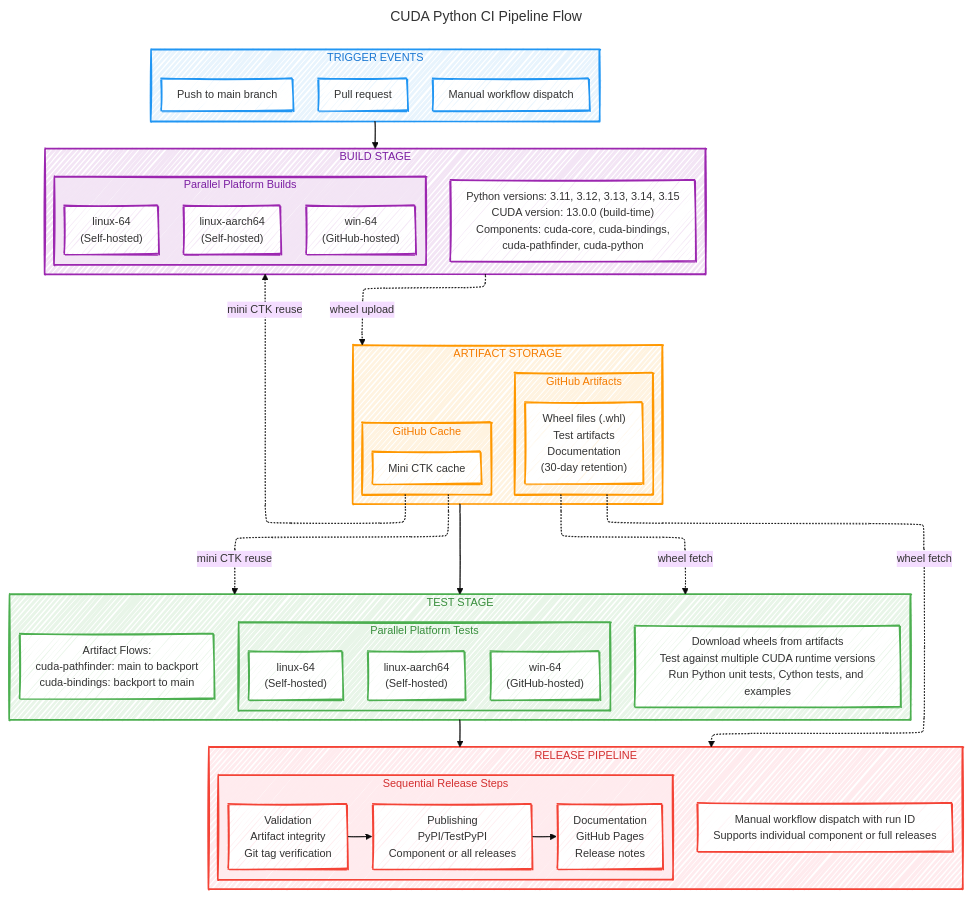
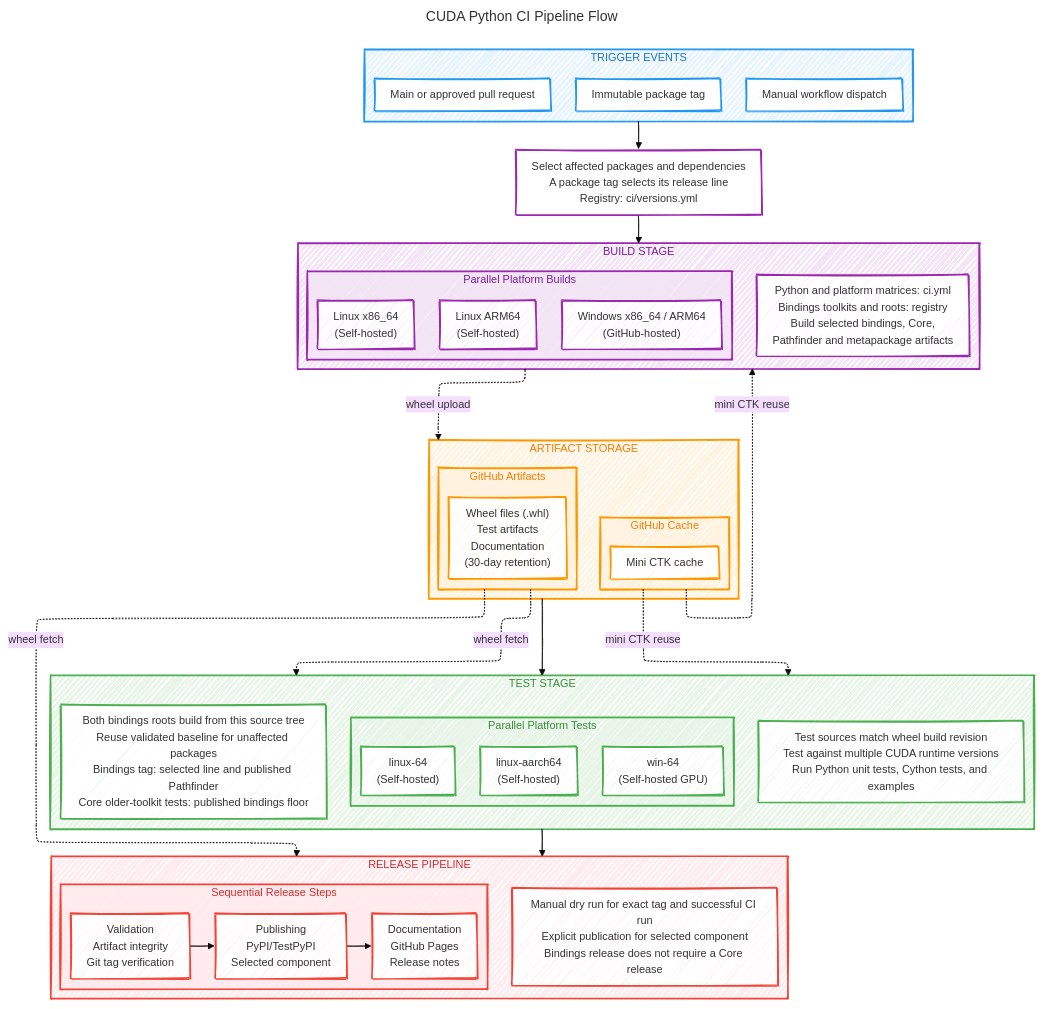
One commit to NVIDIA/cuda-python changed the diagram in ci/ci-pipeline.mmd. Above: the diagram before and after it, drawn with Mermaid. The commit also changed 11 other files, not shown here.

Commit message:
Build CUDA 12 and CUDA 13 artifacts from main

```diff
--- a/ci/ci-pipeline.mmd
+++ b/ci/ci-pipeline.mmd
@@ -1,99 +1,101 @@
 ---
 # SPDX-FileCopyrightText: Copyright (c) 2026 NVIDIA CORPORATION & AFFILIATES. All rights reserved.
 # SPDX-License-Identifier: Apache-2.0
 title: CUDA Python CI Pipeline Flow
 config:
   theme: base
   look: handDrawn
   layout: elk
   handDrawnSeed: 2740
   deterministicIds: true
   deterministicIDSeed: cuda-python-ci-pipeline
   htmlLabels: true
   themeVariables:
     fontFamily: "Comic Sans MS, Comic Sans, cursive"
     fontSize: 14px
   flowchart:
     curve: basis
     diagramPadding: 8
     minNodeWidth: 140
     nodeSpacing: 24
     padding: 10
     rankSpacing: 48
     wrappingWidth: 300
 ---
 flowchart TB
     subgraph TRIGGER["TRIGGER EVENTS"]
         direction LR
-        T1["Push to main branch"] ~~~ T2["Pull request"] ~~~ T3["Manual workflow dispatch"]
+        T1["Main or approved pull request"] ~~~ T2["Immutable package tag"] ~~~ T3["Manual workflow dispatch"]
     end
+
+    PLAN["Select affected packages and dependencies<br/>A package tag selects its release line<br/>Registry: ci/versions.yml"]
 
     subgraph BUILD["BUILD STAGE"]
         direction TB
         subgraph BUILD_PLATFORMS["Parallel Platform Builds"]
             direction LR
-            B1["linux-64<br/>(Self-hosted)"] ~~~ B2["linux-aarch64<br/>(Self-hosted)"] ~~~ B3["win-64<br/>(GitHub-hosted)"]
+            B1["Linux x86_64<br/>(Self-hosted)"] ~~~ B2["Linux ARM64<br/>(Self-hosted)"] ~~~ B3["Windows x86_64 / ARM64<br/>(GitHub-hosted)"]
         end
-        BUILD_DETAILS["Python versions: 3.11, 3.12, 3.13, 3.14, 3.15<br/>CUDA version: 13.0.0 (build-time)<br/>Components: cuda-core, cuda-bindings,<br/>cuda-pathfinder, cuda-python"]
+        BUILD_DETAILS["Python and platform matrices: ci.yml<br/>Bindings toolkits and roots: registry<br/>Build selected bindings, Core,<br/>Pathfinder and metapackage artifacts"]
     end
 
     subgraph ARTIFACTS["ARTIFACT STORAGE"]
         direction TB
         subgraph GITHUB_ARTIFACTS["GitHub Artifacts"]
             GA1["Wheel files (.whl)<br/>Test artifacts<br/>Documentation<br/>(30-day retention)"]
         end
         subgraph GITHUB_CACHE["GitHub Cache"]
             GC1["Mini CTK cache"]
         end
     end
 
     subgraph TEST["TEST STAGE"]
         direction TB
         subgraph TEST_PLATFORMS["Parallel Platform Tests"]
             direction LR
-            TS1["linux-64<br/>(Self-hosted)"] ~~~ TS2["linux-aarch64<br/>(Self-hosted)"] ~~~ TS3["win-64<br/>(GitHub-hosted)"]
+            TS1["linux-64<br/>(Self-hosted)"] ~~~ TS2["linux-aarch64<br/>(Self-hosted)"] ~~~ TS3["win-64<br/>(Self-hosted GPU)"]
         end
-        TEST_DETAILS["Download wheels from artifacts<br/>Test against multiple CUDA runtime versions<br/>Run Python unit tests, Cython tests, and examples"]
-        ARTIFACT_FLOWS["Artifact Flows:<br/>cuda-pathfinder: main to backport<br/>cuda-bindings: backport to main"]
+        TEST_DETAILS["Test sources match wheel build revision<br/>Test against multiple CUDA runtime versions<br/>Run Python unit tests, Cython tests, and examples"]
+        ARTIFACT_FLOWS["Both bindings roots build from this source tree<br/>Reuse validated baseline for unaffected packages<br/>Bindings tag: selected line and published Pathfinder<br/>Core older-toolkit tests: published bindings floor"]
     end
 
     subgraph RELEASE["RELEASE PIPELINE"]
         direction TB
         subgraph RELEASE_STAGES["Sequential Release Steps"]
             direction LR
-            R1["Validation<br/>Artifact integrity<br/>Git tag verification"] --> R2["Publishing<br/>PyPI/TestPyPI<br/>Component or all releases"] --> R3["Documentation<br/>GitHub Pages<br/>Release notes"]
+            R1["Validation<br/>Artifact integrity<br/>Git tag verification"] --> R2["Publishing<br/>PyPI/TestPyPI<br/>Selected component"] --> R3["Documentation<br/>GitHub Pages<br/>Release notes"]
         end
-        RELEASE_DETAILS["Manual workflow dispatch with run ID<br/>Supports individual component or full releases"]
+        RELEASE_DETAILS["Manual dry run for exact tag and successful CI run<br/>Explicit publication for selected component<br/>Bindings release does not require a Core release"]
     end
 
-    TRIGGER --> BUILD
+    TRIGGER --> PLAN --> BUILD
     BUILD -. "wheel upload" .-> ARTIFACTS
     ARTIFACTS --> TEST
     TEST --> RELEASE
 
     GITHUB_CACHE -. "mini CTK reuse" .-> BUILD
     GITHUB_CACHE -. "mini CTK reuse" .-> TEST
     GITHUB_ARTIFACTS -. "wheel fetch" .-> TEST
     GITHUB_ARTIFACTS -. "wheel fetch" .-> RELEASE
 
     classDef triggerStyle fill:#e8f4fd,stroke:#2196F3,stroke-width:2px,color:#1976D2
     classDef triggerNodeStyle fill:#ffffff,stroke:#2196F3,stroke-width:2px,color:#333333
     classDef buildStyle fill:#f3e5f5,stroke:#9C27B0,stroke-width:2px,color:#7B1FA2
     classDef buildNodeStyle fill:#ffffff,stroke:#9C27B0,stroke-width:2px,color:#333333
     classDef artifactStyle fill:#fff3e0,stroke:#FF9800,stroke-width:2px,color:#F57C00
     classDef artifactNodeStyle fill:#ffffff,stroke:#FF9800,stroke-width:2px,color:#333333
     classDef testStyle fill:#e8f5e8,stroke:#4CAF50,stroke-width:2px,color:#388E3C
     classDef testNodeStyle fill:#ffffff,stroke:#4CAF50,stroke-width:2px,color:#333333
     classDef releaseStyle fill:#ffebee,stroke:#f44336,stroke-width:2px,color:#D32F2F
     classDef releaseNodeStyle fill:#ffffff,stroke:#f44336,stroke-width:2px,color:#333333
 
     class TRIGGER triggerStyle
     class T1,T2,T3 triggerNodeStyle
     class BUILD,BUILD_PLATFORMS buildStyle
-    class B1,B2,B3,BUILD_DETAILS buildNodeStyle
+    class PLAN,B1,B2,B3,BUILD_DETAILS buildNodeStyle
     class ARTIFACTS,GITHUB_ARTIFACTS,GITHUB_CACHE artifactStyle
     class GA1,GC1 artifactNodeStyle
     class TEST,TEST_PLATFORMS testStyle
     class TS1,TS2,TS3,TEST_DETAILS,ARTIFACT_FLOWS testNodeStyle
     class RELEASE,RELEASE_STAGES releaseStyle
     class R1,R2,R3,RELEASE_DETAILS releaseNodeStyle
```
